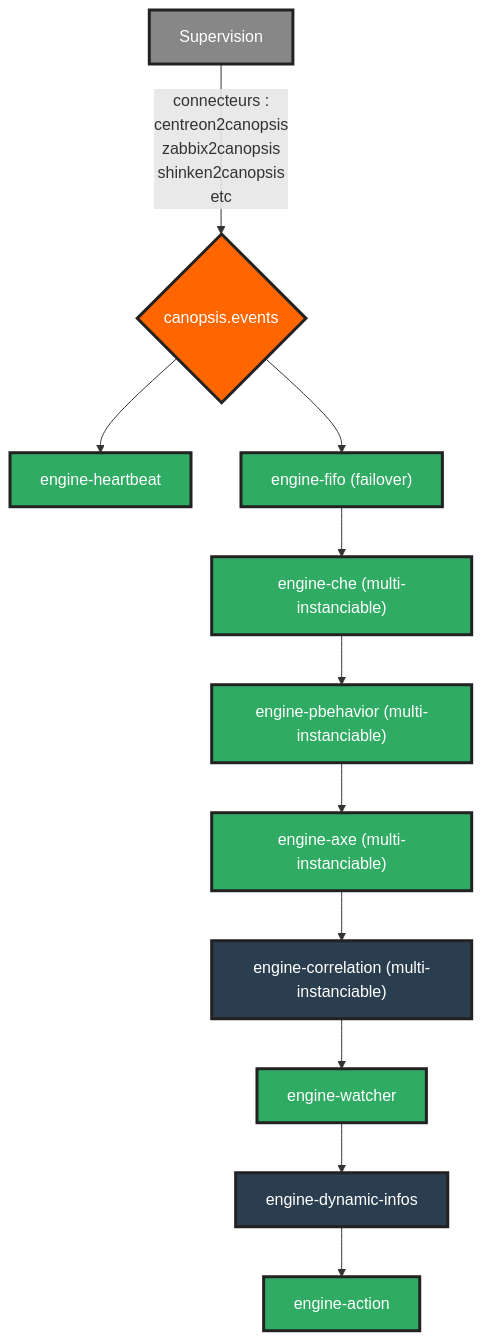
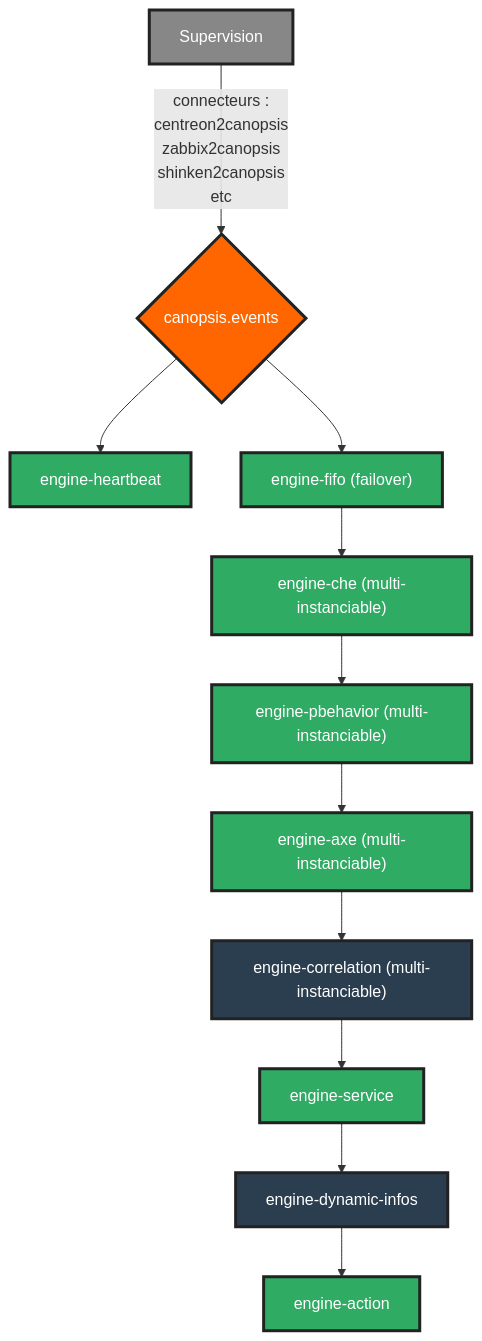
The first of 2 diagrams in community/sources/docs/fr/guide-administration/moteurs/schema-enchainement-moteurs.md (capensis/canopsis), drawn with Mermaid before and after one commit. The commit also changed 16 other files, not shown here.

````diff
--- a/community/sources/docs/fr/guide-administration/moteurs/schema-enchainement-moteurs.md
+++ b/community/sources/docs/fr/guide-administration/moteurs/schema-enchainement-moteurs.md
@@ -29,34 +29,34 @@
 ```mermaid
 graph TD
 linkStyle default interpolate basis
 sup[Supervision] -- connecteurs :<br />centreon2canopsis<br />zabbix2canopsis<br />shinken2canopsis<br />etc--> exch.events{canopsis.events}
 exch.events --> heart["engine-heartbeat"]
 exch.events --> fifo["engine-fifo (failover)"]
 fifo --> che["engine-che (multi-instanciable)"]
 che --> pbh["engine-pbehavior (multi-instanciable)"]
 pbh --> axe["engine-axe (multi-instanciable)"]
 axe --> correl["engine-correlation (multi-instanciable)"]
-correl --> watcher["engine-watcher"]
-watcher --> info["engine-dynamic-infos"]
+correl --> service["engine-service"]
+service --> info["engine-dynamic-infos"]
 info --> action["engine-action"]
 
 click snmp "https://doc.canopsis.net/guide-administration/moteurs/moteur-snmp/"
 click heart "https://doc.canopsis.net/guide-administration/moteurs/moteur-heartbeat/"
 click fifo "https://doc.canopsis.net/guide-administration/moteurs/moteur-fifo/"
 click che "https://doc.canopsis.net/guide-administration/moteurs/moteur-che/"
 click pbh "https://doc.canopsis.net/guide-administration/moteurs/moteur-pbehavior/"
 click axe "https://doc.canopsis.net/guide-administration/moteurs/moteur-axe/"
 click correl "https://doc.canopsis.net/guide-administration/moteurs/moteur-correlation/"
-click watcher "https://doc.canopsis.net/guide-administration/moteurs/moteur-watcher/"
+click service "https://doc.canopsis.net/guide-administration/moteurs/moteur-service/"
 click info "https://doc.canopsis.net/guide-administration/moteurs/moteur-dynamic-infos/"
 click action "https://doc.canopsis.net/guide-administration/moteurs/moteur-action/"
 
 classDef grey font-weight:normal,font-size:12pt,color:#fff,fill:#878787,stroke:#222,stroke-width:3px;
 classDef community-green font-weight:normal,font-size:12pt,color:#fff,fill:#2fab63,color:#fff,stroke:#222,stroke-width:3px;
 classDef pro-blue font-weight:normal,font-size:12pt,color:#fff,fill:#2b3e4f,color:#fff,stroke:#222,stroke-width:3px;
 classDef rabbit-orange font-weight:normal,font-size:12pt,color:#fff,fill:#ff6600,color:#fff,stroke:#222,stroke-width:3px;
 class sup grey
-class heart,fifo,che,filter,pbh,axe,watcher,action community-green
+class heart,fifo,che,filter,pbh,axe,service,action community-green
 class snmp,kpi,correl,info pro-blue
 class exch.snmp,exch.events rabbit-orange
 ```
````
